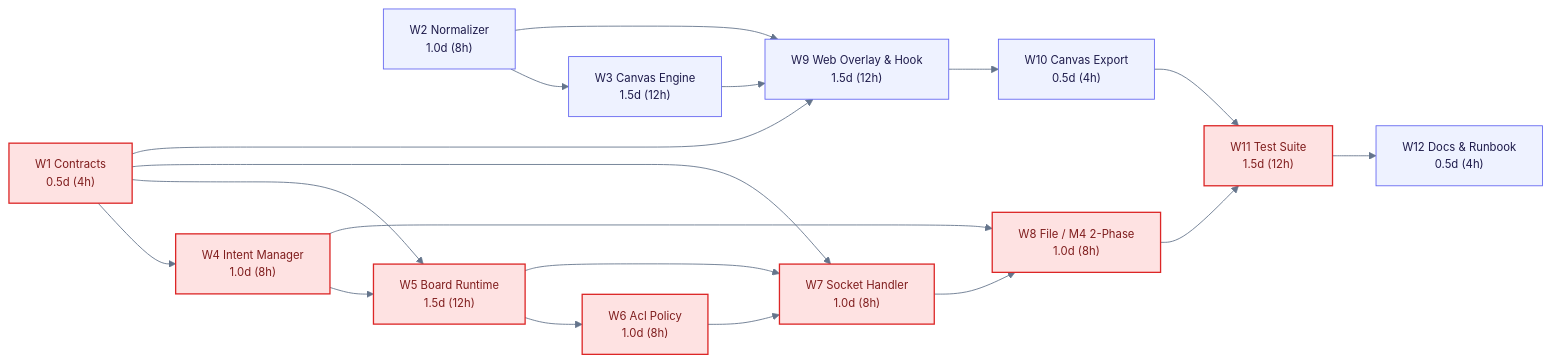
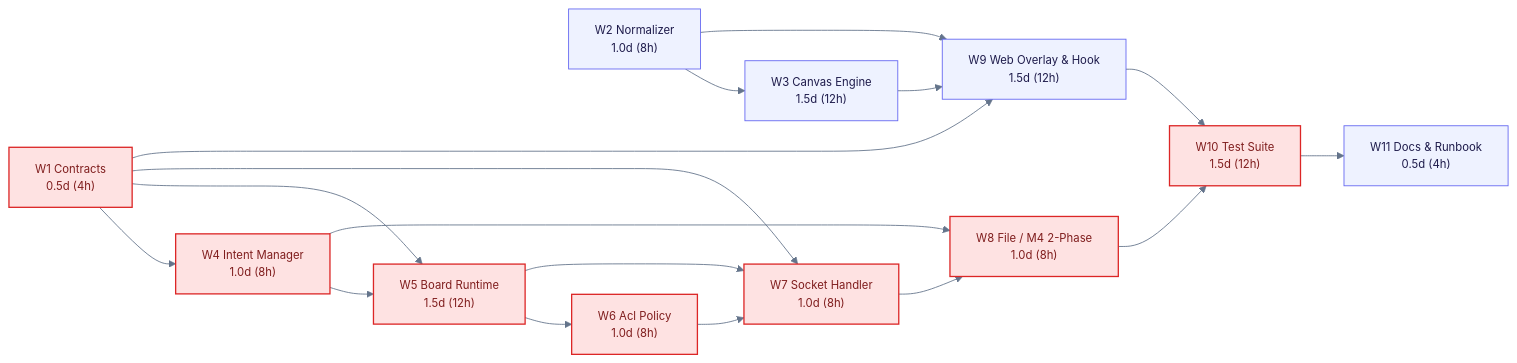
One commit to Lightning1507/CoLearnia changed diagram 13 of 13 in docs/proposals/m5-board.md. Above: the diagram before and after it, drawn with Mermaid. The commit also changed other lines of this file, not shown here.

Commit message:
docs(board): remove G8 canvas export to chat, update non-goals and reconcile wbs

````diff
--- a/docs/proposals/m5-board.md
+++ b/docs/proposals/m5-board.md
@@ -1165,31 +1163,30 @@
 ```mermaid
 %%{init: {"theme":"base","themeVariables":{"fontFamily":"Inter, Helvetica, Arial","fontSize":"13px","primaryColor":"#EEF2FF","primaryBorderColor":"#6366F1","primaryTextColor":"#1E1B4B","lineColor":"#64748B"}}}%%
 flowchart LR
   W1["W1 Contracts<br/>0.5d (4h)"]
   W2["W2 Normalizer<br/>1.0d (8h)"]
   W3["W3 Canvas Engine<br/>1.5d (12h)"]
   W4["W4 Intent Manager<br/>1.0d (8h)"]
   W5["W5 Board Runtime<br/>1.5d (12h)"]
   W6["W6 Acl Policy<br/>1.0d (8h)"]
   W7["W7 Socket Handler<br/>1.0d (8h)"]
   W8["W8 File / M4 2-Phase<br/>1.0d (8h)"]
   W9["W9 Web Overlay & Hook<br/>1.5d (12h)"]
-  W10["W10 Canvas Export<br/>0.5d (4h)"]
-  W11["W11 Test Suite<br/>1.5d (12h)"]
-  W12["W12 Docs & Runbook<br/>0.5d (4h)"]
+  W10["W10 Test Suite<br/>1.5d (12h)"]
+  W11["W11 Docs & Runbook<br/>0.5d (4h)"]
 
-  W1 --> W4 --> W5 --> W6 --> W7 --> W8 --> W11 --> W12
+  W1 --> W4 --> W5 --> W6 --> W7 --> W8 --> W10 --> W11
   W1 --> W5
   W1 --> W7
   W5 --> W7
   W4 --> W8
-  W2 --> W3 --> W9 --> W10 --> W11
+  W2 --> W3 --> W9 --> W10
   W1 --> W9
   W2 --> W9
 
   classDef crit fill:#FEE2E2,stroke:#DC2626,stroke-width:1.5px,color:#7F1D1D
   classDef norm fill:#EEF2FF,stroke:#6366F1,stroke-width:1px,color:#1E1B4B
 
-  class W1,W4,W5,W6,W7,W8,W11 crit
-  class W2,W3,W9,W10,W12 norm
+  class W1,W4,W5,W6,W7,W8,W10 crit
+  class W2,W3,W9,W11 norm
 ```
````
